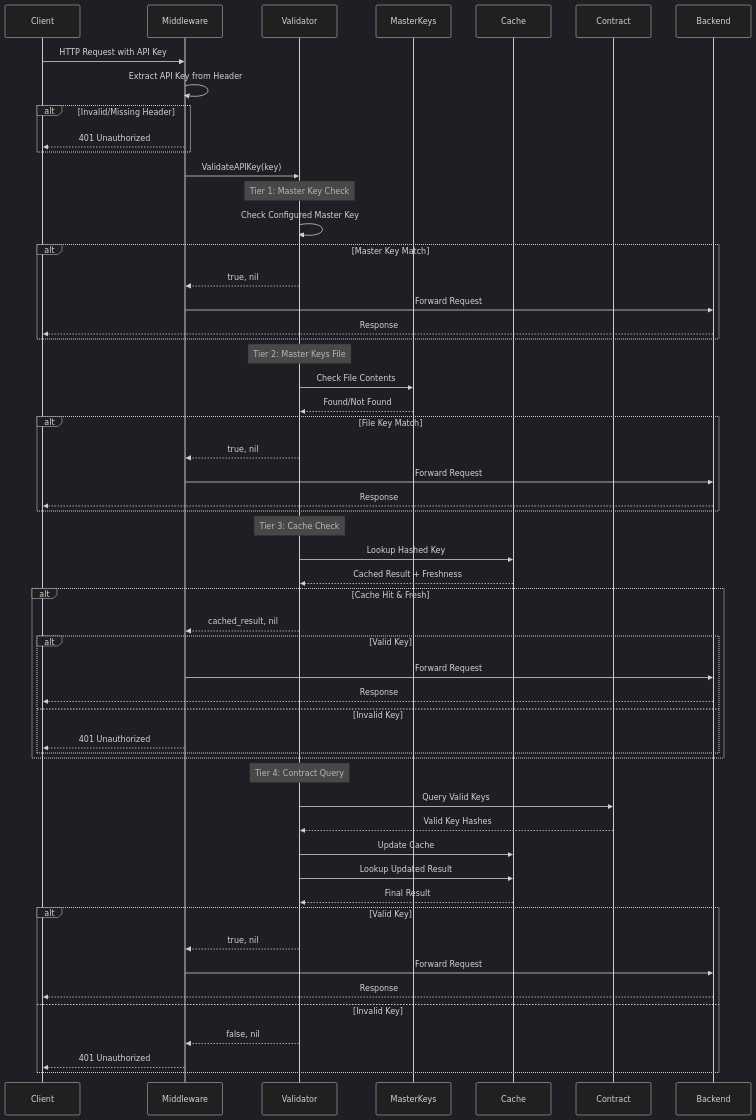
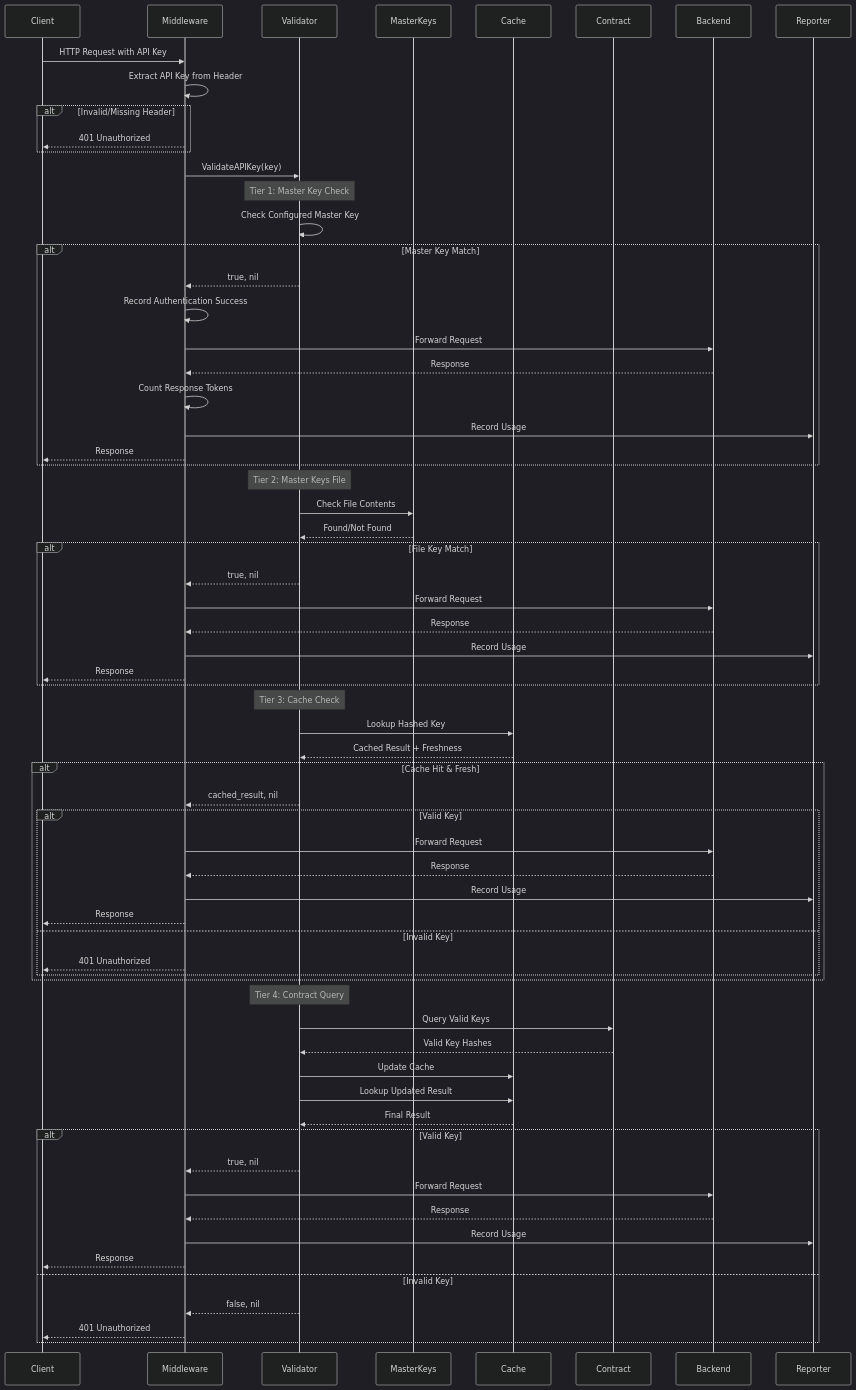
Before and after one commit to scrtlabs/secret-ai-caddy: the fourth of 10 diagrams in ARCHITECTURE.md, drawn with Mermaid (dark theme). The commit also changed other lines of this file and 28 other files, not shown here.

````diff
--- a/ARCHITECTURE.md
+++ b/ARCHITECTURE.md
@@ -123,65 +324,76 @@
 ```mermaid
 sequenceDiagram
     participant Client
     participant Middleware
     participant Validator
     participant MasterKeys
     participant Cache
     participant Contract
     participant Backend
+    participant Reporter
     
     Client->>Middleware: HTTP Request with API Key
     Middleware->>Middleware: Extract API Key from Header
     
     alt Invalid/Missing Header
         Middleware-->>Client: 401 Unauthorized
     end
     
     Middleware->>Validator: ValidateAPIKey(key)
     
     Note over Validator: Tier 1: Master Key Check
     Validator->>Validator: Check Configured Master Key
     alt Master Key Match
         Validator-->>Middleware: true, nil
+        Middleware->>Middleware: Record Authentication Success
         Middleware->>Backend: Forward Request
-        Backend-->>Client: Response
+        Backend-->>Middleware: Response
+        Middleware->>Middleware: Count Response Tokens
+        Middleware->>Reporter: Record Usage
+        Middleware-->>Client: Response
     end
     
     Note over Validator: Tier 2: Master Keys File
     Validator->>MasterKeys: Check File Contents
     MasterKeys-->>Validator: Found/Not Found
     alt File Key Match
         Validator-->>Middleware: true, nil
         Middleware->>Backend: Forward Request
-        Backend-->>Client: Response
+        Backend-->>Middleware: Response
+        Middleware->>Reporter: Record Usage
+        Middleware-->>Client: Response
     end
     
     Note over Validator: Tier 3: Cache Check
     Validator->>Cache: Lookup Hashed Key
     Cache-->>Validator: Cached Result + Freshness
     alt Cache Hit & Fresh
         Validator-->>Middleware: cached_result, nil
         alt Valid Key
             Middleware->>Backend: Forward Request
-            Backend-->>Client: Response
+            Backend-->>Middleware: Response
+            Middleware->>Reporter: Record Usage
+            Middleware-->>Client: Response
         else Invalid Key
             Middleware-->>Client: 401 Unauthorized
         end
     end
     
     Note over Validator: Tier 4: Contract Query
     Validator->>Contract: Query Valid Keys
     Contract-->>Validator: Valid Key Hashes
     Validator->>Cache: Update Cache
     Validator->>Cache: Lookup Updated Result
     Cache-->>Validator: Final Result
     
     alt Valid Key
         Validator-->>Middleware: true, nil
         Middleware->>Backend: Forward Request
-        Backend-->>Client: Response
+        Backend-->>Middleware: Response
+        Middleware->>Reporter: Record Usage
+        Middleware-->>Client: Response
     else Invalid Key
         Validator-->>Middleware: false, nil
         Middleware-->>Client: 401 Unauthorized
     end
 ```
````
